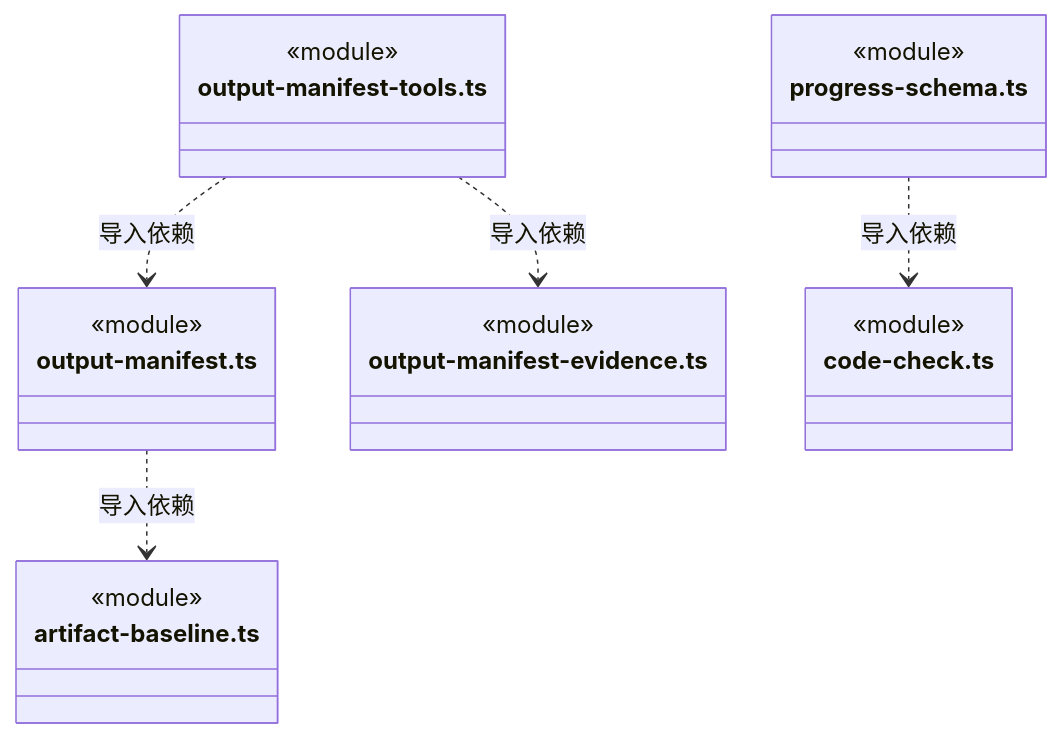
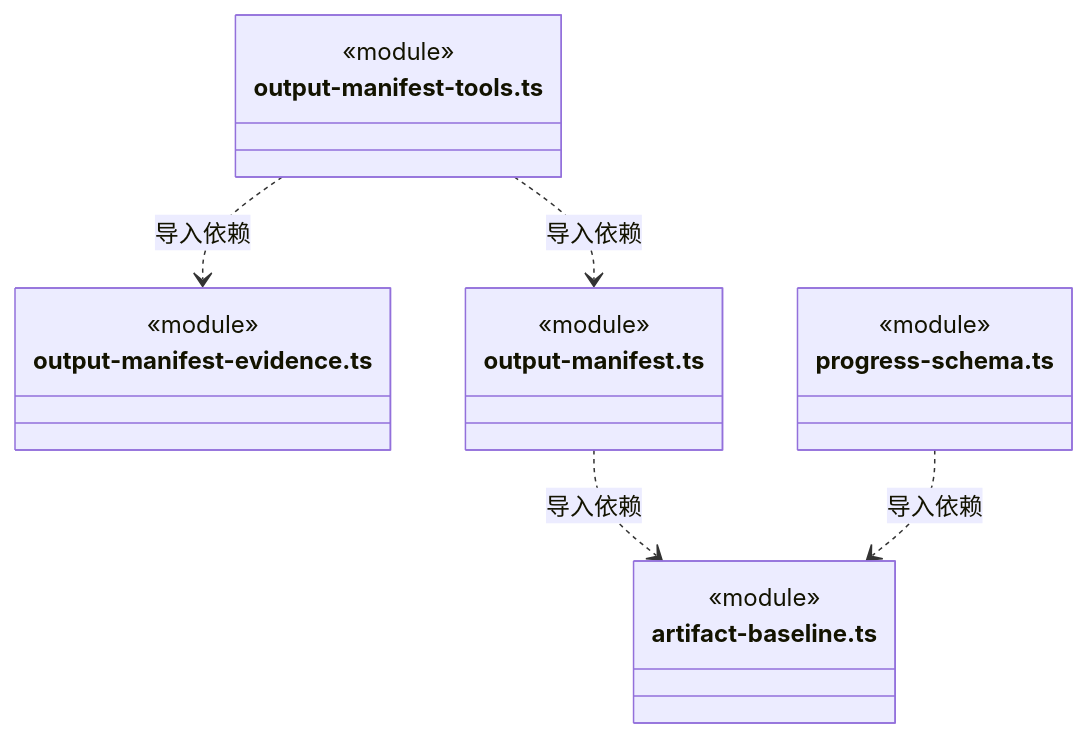
Diagram 37 of 46 in src/logic/evidence/rules/ARCHITECTURE.md (nan023062/cbim), drawn with Mermaid before and after one commit. The commit also changed other lines of this file and 112 other files, not shown here.

Commit message:
docs: align source architecture with current declarations and contracts

````diff
--- a/src/logic/evidence/rules/ARCHITECTURE.md
+++ b/src/logic/evidence/rules/ARCHITECTURE.md
@@ -852,25 +846,22 @@
 ```mermaid
 classDiagram
 class N_src_logic_evidence_rules_output_manifest_tools_ts["output-manifest-tools.ts"] {
   <<module>>
 }
-class N_src_logic_evidence_rules_output_manifest_ts["output-manifest.ts"] {
+class N_src_logic_evidence_rules_output_manifest_evidence_ts["output-manifest-evidence.ts"] {
   <<module>>
 }
-class N_src_logic_evidence_rules_output_manifest_evidence_ts["output-manifest-evidence.ts"] {
+class N_src_logic_evidence_rules_output_manifest_ts["output-manifest.ts"] {
   <<module>>
 }
 class N_src_logic_evidence_rules_artifact_baseline_ts["artifact-baseline.ts"] {
   <<module>>
 }
 class N_src_logic_evidence_rules_progress_schema_ts["progress-schema.ts"] {
   <<module>>
 }
-class N_src_logic_evidence_rules_code_check_ts["code-check.ts"] {
-  <<module>>
-}
+N_src_logic_evidence_rules_output_manifest_tools_ts ..> N_src_logic_evidence_rules_output_manifest_evidence_ts : 导入依赖
 N_src_logic_evidence_rules_output_manifest_tools_ts ..> N_src_logic_evidence_rules_output_manifest_ts : 导入依赖
-N_src_logic_evidence_rules_output_manifest_tools_ts ..> N_src_logic_evidence_rules_output_manifest_evidence_ts : 导入依赖
 N_src_logic_evidence_rules_output_manifest_ts ..> N_src_logic_evidence_rules_artifact_baseline_ts : 导入依赖
-N_src_logic_evidence_rules_progress_schema_ts ..> N_src_logic_evidence_rules_code_check_ts : 导入依赖
+N_src_logic_evidence_rules_progress_schema_ts ..> N_src_logic_evidence_rules_artifact_baseline_ts : 导入依赖
 ```
````
